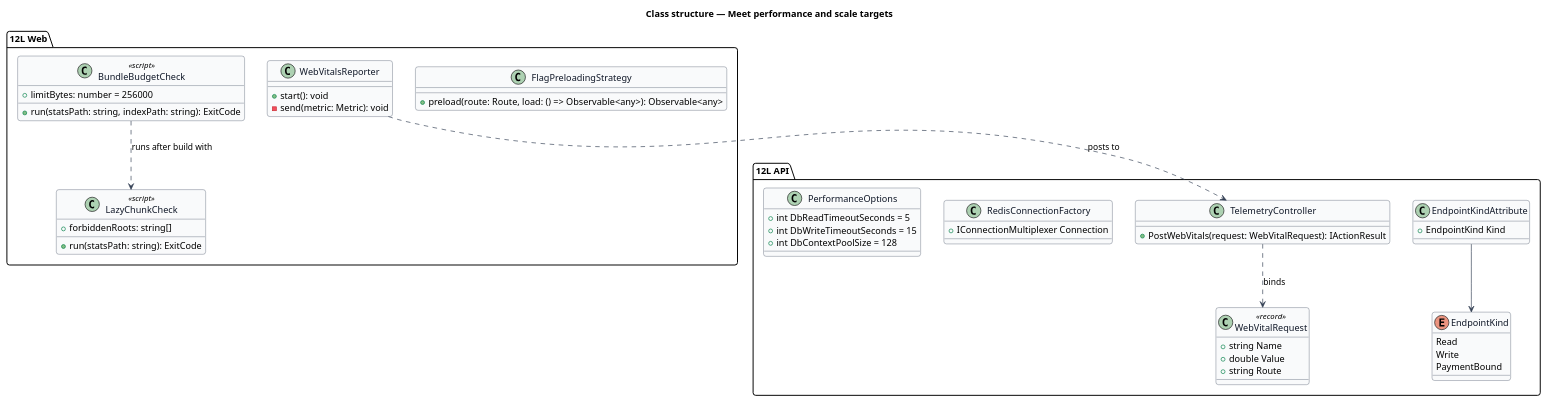
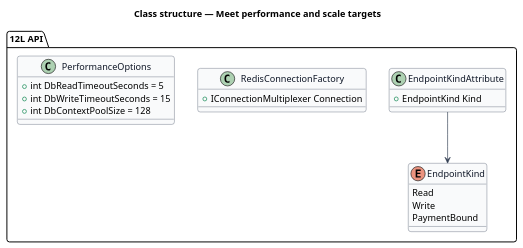
One commit to QuinntyneBrown/12l changed the diagram in docs/detailed-designs/platform/meet-performance-and-scale/diagrams/class-structure.puml. Above: the diagram before and after it, drawn with PlantUML. The commit also changed 22 other files, not shown here.

```diff
--- a/docs/detailed-designs/platform/meet-performance-and-scale/diagrams/class-structure.puml
+++ b/docs/detailed-designs/platform/meet-performance-and-scale/diagrams/class-structure.puml
@@ -1,61 +1,33 @@
 @startuml
 skinparam backgroundColor #FFFFFF
 skinparam shadowing false
 skinparam roundcorner 8
 skinparam defaultFontName Arial
 skinparam ArrowColor #344054
 skinparam class {
   BorderColor #344054
   FontColor #101828
   BackgroundColor #F9FAFB
 }
 title Class structure — Meet performance and scale targets
 
-package "12L Web" {
-  class FlagPreloadingStrategy {
-    +preload(route: Route, load: () => Observable<any>): Observable<any>
-  }
-  class WebVitalsReporter {
-    +start(): void
-    -send(metric: Metric): void
-  }
-  class BundleBudgetCheck <<script>> {
-    +limitBytes: number = 256000
-    +run(statsPath: string, indexPath: string): ExitCode
-  }
-  class LazyChunkCheck <<script>> {
-    +forbiddenRoots: string[]
-    +run(statsPath: string): ExitCode
-  }
-}
 package "12L API" {
   enum EndpointKind {
     Read
     Write
     PaymentBound
   }
   class EndpointKindAttribute {
     +EndpointKind Kind
-  }
-  class TelemetryController {
-    +PostWebVitals(request: WebVitalRequest): IActionResult
-  }
-  class WebVitalRequest <<record>> {
-    +string Name
-    +double Value
-    +string Route
   }
   class RedisConnectionFactory {
     +IConnectionMultiplexer Connection
   }
   class PerformanceOptions {
     +int DbReadTimeoutSeconds = 5
     +int DbWriteTimeoutSeconds = 15
     +int DbContextPoolSize = 128
   }
 }
 EndpointKindAttribute --> EndpointKind
-TelemetryController ..> WebVitalRequest : binds
-WebVitalsReporter ..> TelemetryController : posts to
-BundleBudgetCheck ..> LazyChunkCheck : runs after build with
 @enduml
```
